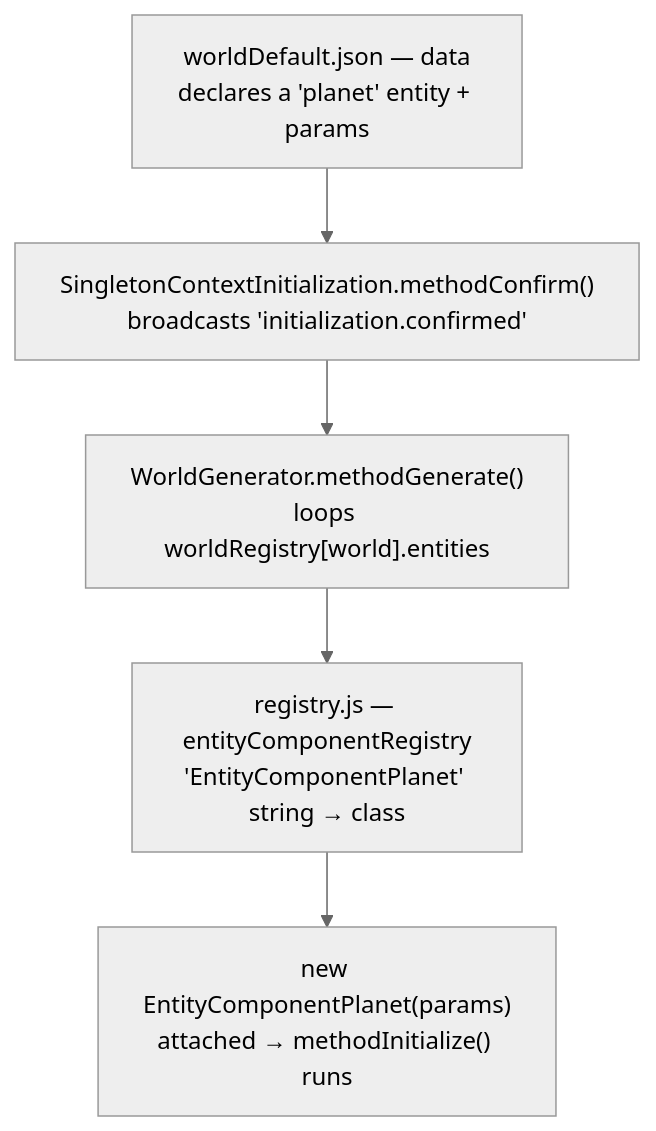
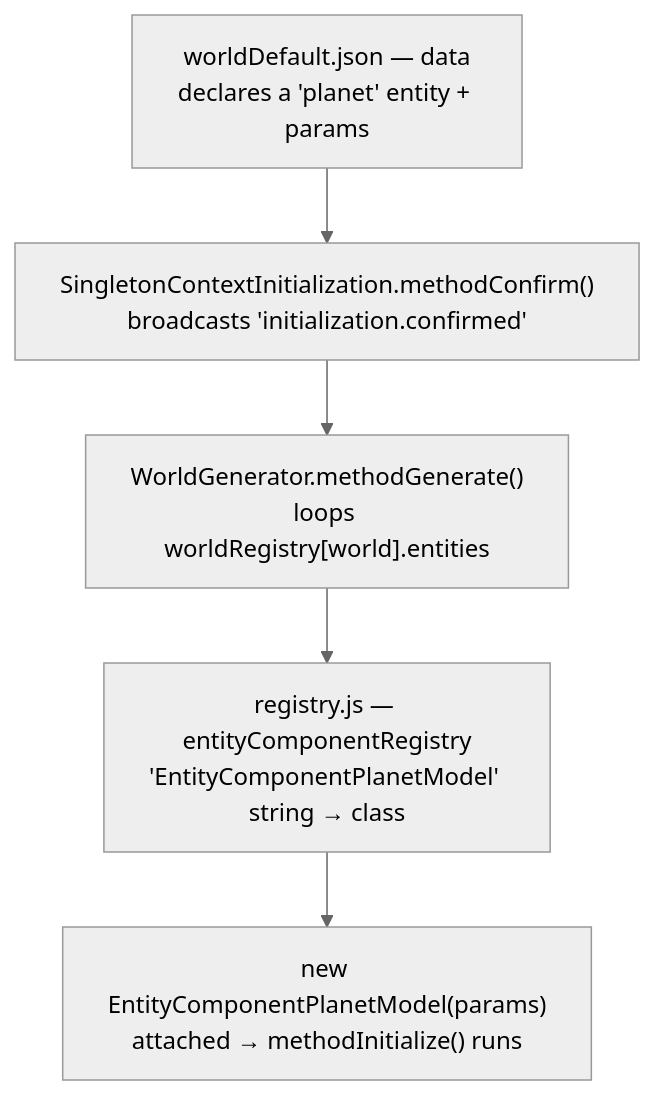
Before and after one commit to dilsency/ThreeJS-ECS-Planet: the first of 2 diagrams in md/PLANET.md, drawn with Mermaid (neutral theme). The commit also changed other lines of this file and 12 other files, not shown here.

````diff
--- a/md/PLANET.md
+++ b/md/PLANET.md
@@ -48,9 +53,9 @@
 ```mermaid
 flowchart TD
     A["worldDefault.json — data<br/>declares a 'planet' entity + params"]
     B["SingletonContextInitialization.methodConfirm()<br/>broadcasts 'initialization.confirmed'"]
     C["WorldGenerator.methodGenerate()<br/>loops worldRegistry[world].entities"]
-    D["registry.js — entityComponentRegistry<br/>'EntityComponentPlanet' string → class"]
-    E["new EntityComponentPlanet(params)<br/>attached → methodInitialize() runs"]
+    D["registry.js — entityComponentRegistry<br/>'EntityComponentPlanetModel' string → class"]
+    E["new EntityComponentPlanetModel(params)<br/>attached → methodInitialize() runs"]
     A --> B --> C --> D --> E
 ```
````
